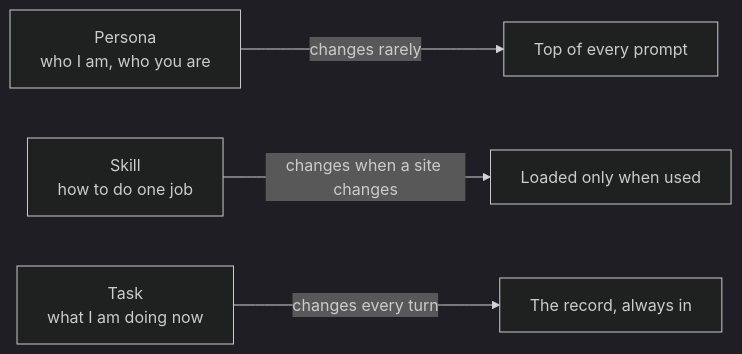
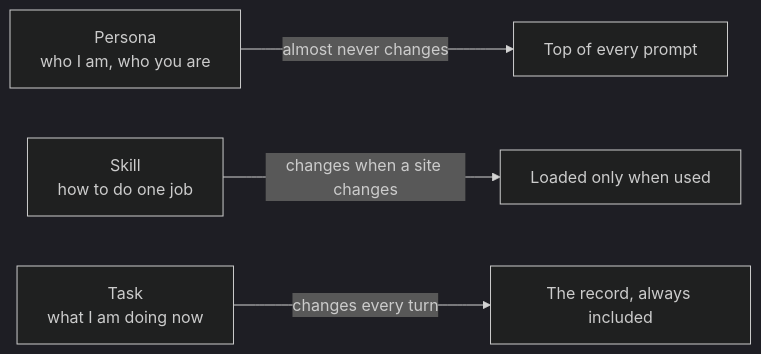
Before and after one commit to JaredTate/nerdgenie: the fourth of 8 diagrams in COEUS.md, drawn with Mermaid (dark theme). The commit also changed other lines of this file and 1 other file, not shown here.

````diff
--- a/COEUS.md
+++ b/COEUS.md
@@ -179,6 +163,6 @@
 ```mermaid
 flowchart LR
-  P["Persona<br/>who I am, who you are"] -->|"changes rarely"| T["Top of every prompt"]
+  P["Persona<br/>who I am, who you are"] -->|"almost never changes"| T["Top of every prompt"]
   K["Skill<br/>how to do one job"] -->|"changes when a site changes"| L["Loaded only when used"]
-  J["Task<br/>what I am doing now"] -->|"changes every turn"| R["The record, always in"]
+  J["Task<br/>what I am doing now"] -->|"changes every turn"| R["The record, always included"]
 ```
````
